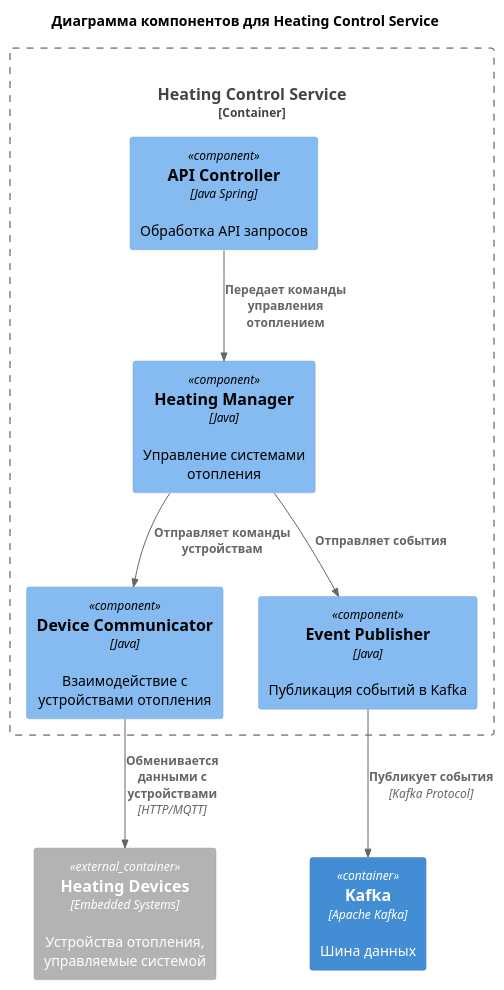
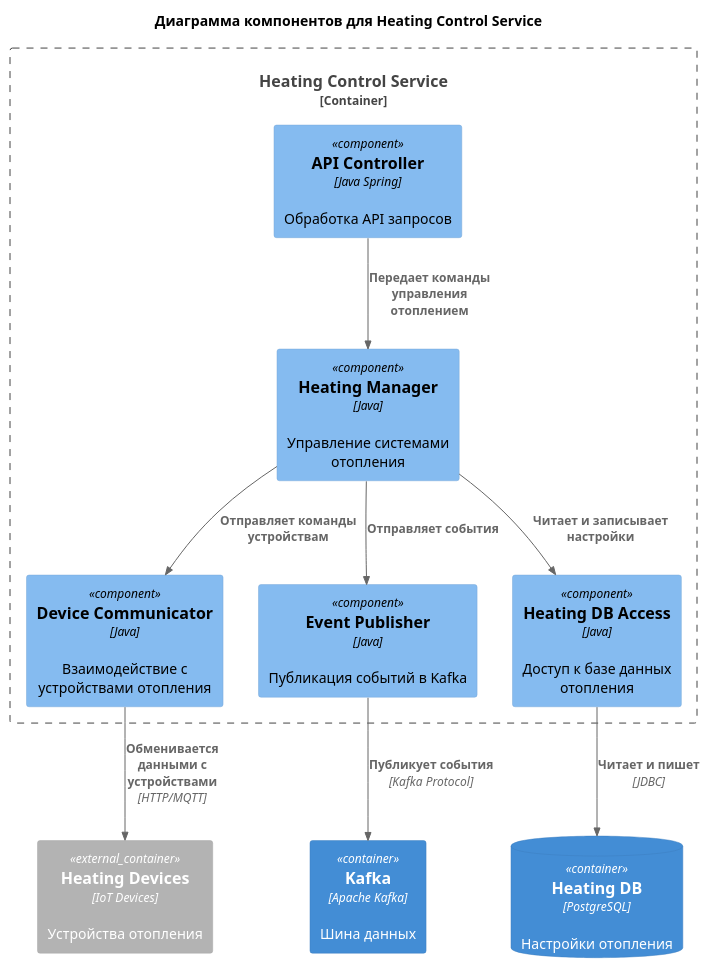
One commit to fireflysmk/architecture-sprint-3 changed the diagram in c4-diagrams/components/c4-components-heating-control-service.puml. Above: the diagram before and after it, drawn with PlantUML. The commit also changed 4 other files, not shown here.

Commit message:
Sprint 3: add monolith's description and update diagrams

```diff
--- a/c4-diagrams/components/c4-components-heating-control-service.puml
+++ b/c4-diagrams/components/c4-components-heating-control-service.puml
@@ -1,26 +1,27 @@
 @startuml
 !include <C4/C4>
-!include <C4/C4_Context>
-!include <C4/C4_Container>
 !include <C4/C4_Component>
 
 title Диаграмма компонентов для Heating Control Service
 
 Container_Boundary(heatingService, "Heating Control Service", $tags="") {
     Component(heatingService.APIController, "API Controller", $techn="Java Spring", $descr="Обработка API запросов")
     Component(heatingService.HeatingManager, "Heating Manager", $techn="Java", $descr="Управление системами отопления")
     Component(heatingService.DeviceCommunicator, "Device Communicator", $techn="Java", $descr="Взаимодействие с устройствами отопления")
     Component(heatingService.EventPublisher, "Event Publisher", $techn="Java", $descr="Публикация событий в Kafka")
+    Component(heatingService.HeatingDBAccess, "Heating DB Access", $techn="Java", $descr="Доступ к базе данных отопления")
 }
 
-Container_Ext(heatingDevices, "Heating Devices", $techn="Embedded Systems", $descr="Устройства отопления, управляемые системой")
-
+ContainerDb(heatingDb, "Heating DB", $techn="PostgreSQL", $descr="Настройки отопления")
+Container_Ext(heatingDevices, "Heating Devices", $techn="IoT Devices", $descr="Устройства отопления")
 Container(kafka, "Kafka", $techn="Apache Kafka", $descr="Шина данных")
 
 Rel(heatingService.APIController, heatingService.HeatingManager, "Передает команды управления отоплением")
 Rel(heatingService.HeatingManager, heatingService.DeviceCommunicator, "Отправляет команды устройствам")
 Rel(heatingService.DeviceCommunicator, heatingDevices, "Обменивается данными с устройствами", $techn="HTTP/MQTT")
 Rel(heatingService.HeatingManager, heatingService.EventPublisher, "Отправляет события")
 Rel(heatingService.EventPublisher, kafka, "Публикует события", $techn="Kafka Protocol")
+Rel(heatingService.HeatingManager, heatingService.HeatingDBAccess, "Читает и записывает настройки")
+Rel(heatingService.HeatingDBAccess, heatingDb, "Читает и пишет", $techn="JDBC")
 
 @enduml
```
